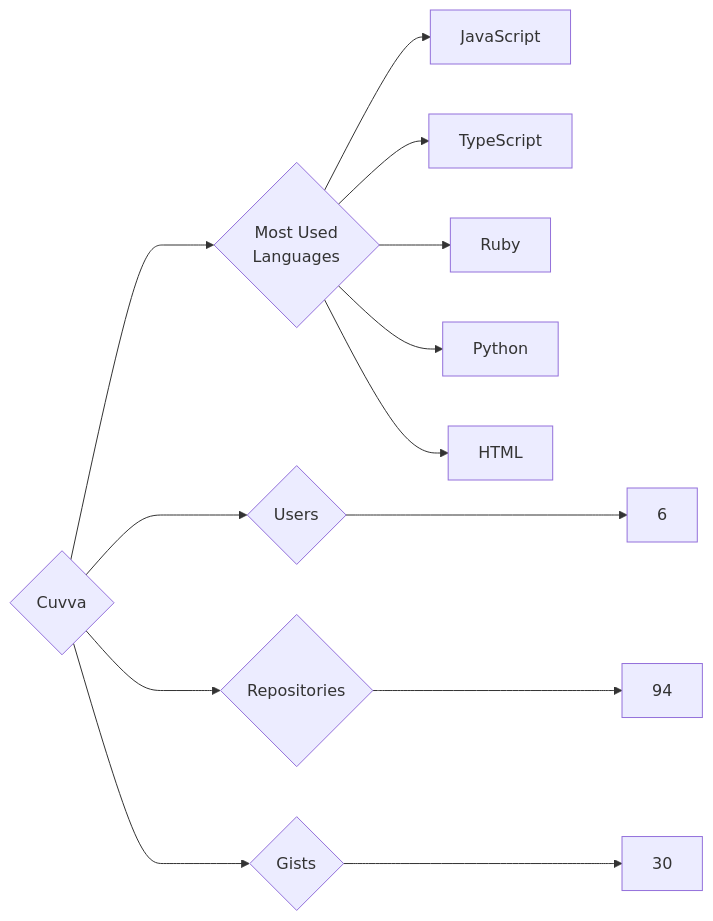
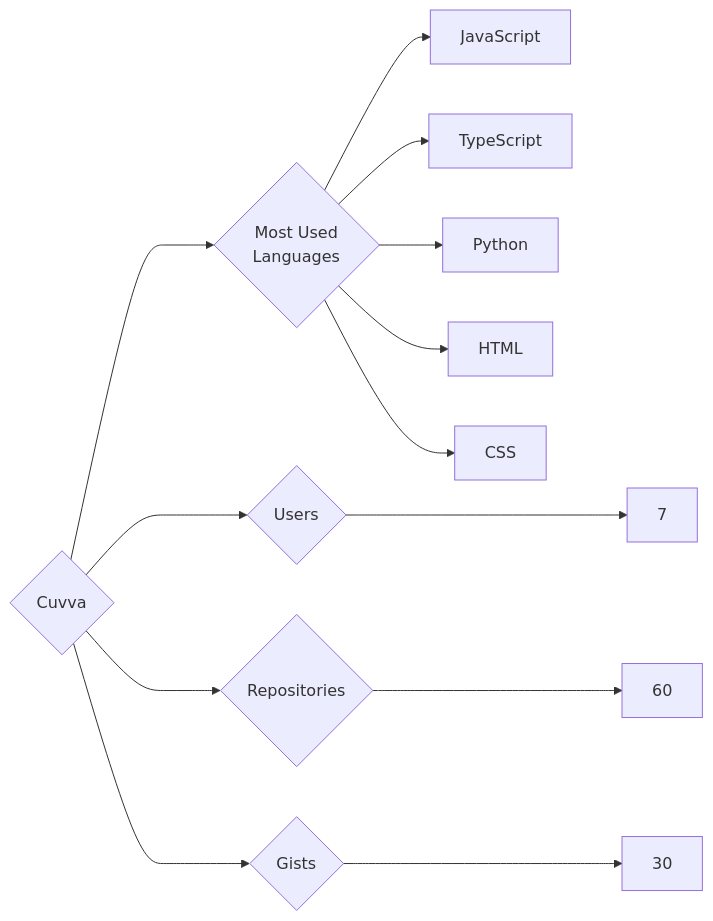
Before and after one commit to trickest/insiders: the diagram in targets/Cuvva/README.md, drawn with Mermaid. The commit also changed 772 other files, not shown here.

````diff
--- a/targets/Cuvva/README.md
+++ b/targets/Cuvva/README.md
@@ -3,13 +3,13 @@
 ```mermaid
 graph LR
 COMPANY_NAME{Cuvva}
-COMPANY_NAME ---> U{Users} ---> UN[6]
-COMPANY_NAME ---> R{Repositories} ---> RN[94]
+COMPANY_NAME ---> U{Users} ---> UN[7]
+COMPANY_NAME ---> R{Repositories} ---> RN[60]
 COMPANY_NAME ---> G{Gists} ---> GN[30]
 COMPANY_NAME ---> ML{Most Used<br>Languages}
 ML --> JavaScript[JavaScript]
 ML --> TypeScript[TypeScript]
-ML --> Ruby[Ruby]
 ML --> Python[Python]
 ML --> HTML[HTML]
+ML --> CSS[CSS]
 ```
````
